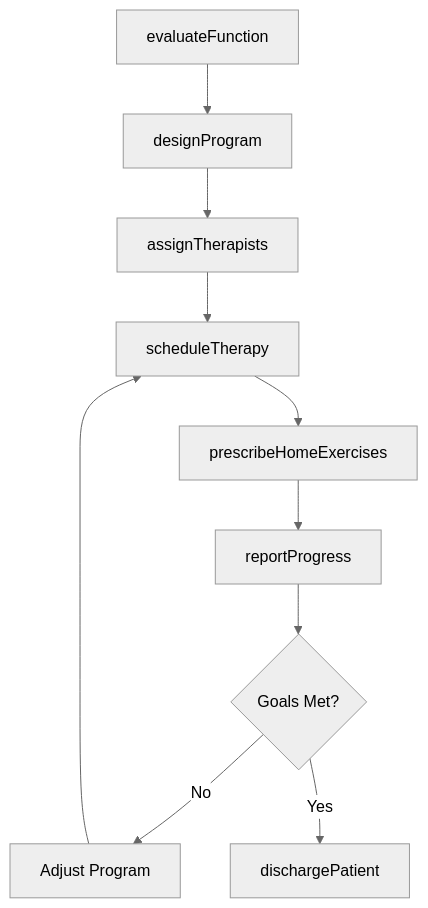
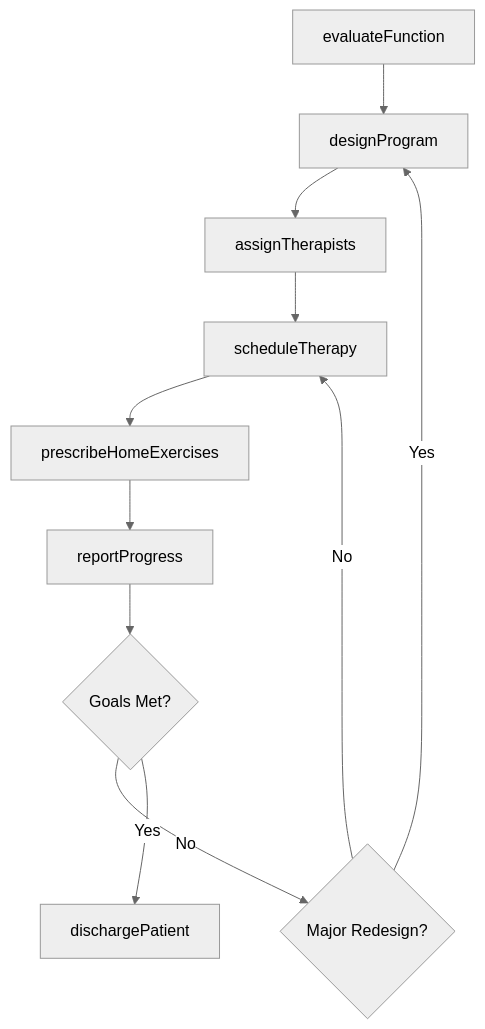
Before and after one commit to dot-org-ai/tasks.org.ai: the third of 4 diagrams in ThinkingCreatively/DevelopPatientOrClientCareOrTreatmentPlans/DevelopPatientTherapyPrograms.mdx, drawn with Mermaid (neutral theme). The commit also changed other lines of this file and 504 other files, not shown here.

First line of the commit message:
feat: Add ER diagrams, state diagrams, and workflow improvements to 96 DWA task files

````diff
--- a/ThinkingCreatively/DevelopPatientOrClientCareOrTreatmentPlans/DevelopPatientTherapyPrograms.mdx
+++ b/ThinkingCreatively/DevelopPatientOrClientCareOrTreatmentPlans/DevelopPatientTherapyPrograms.mdx
@@ -86,12 +114,13 @@
 ```mermaid
 graph TD
     A[evaluateFunction] --> B[designProgram]
     B --> C[assignTherapists]
     C --> D[scheduleTherapy]
     D --> E[prescribeHomeExercises]
     E --> F[reportProgress]
     F --> G{Goals Met?}
-    G -->|No| H[Adjust Program]
-    H --> D
+    G -->|No| H{Major Redesign?}
+    H -->|Yes| B
+    H -->|No| D
     G -->|Yes| I[dischargePatient]
 ```
````
